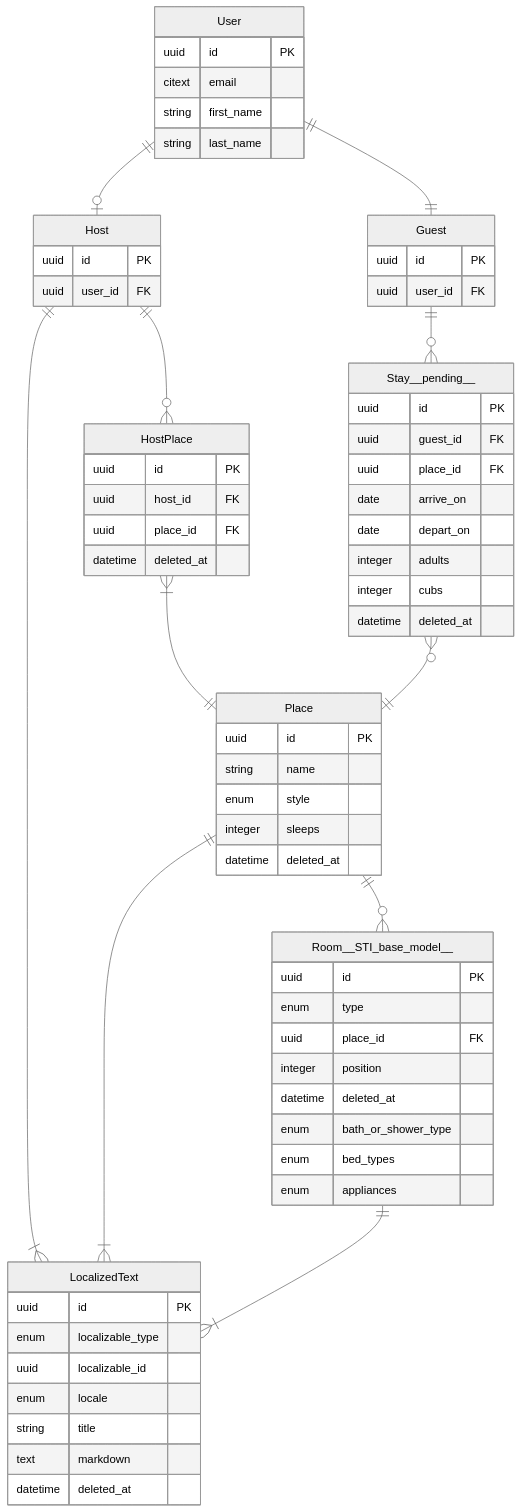
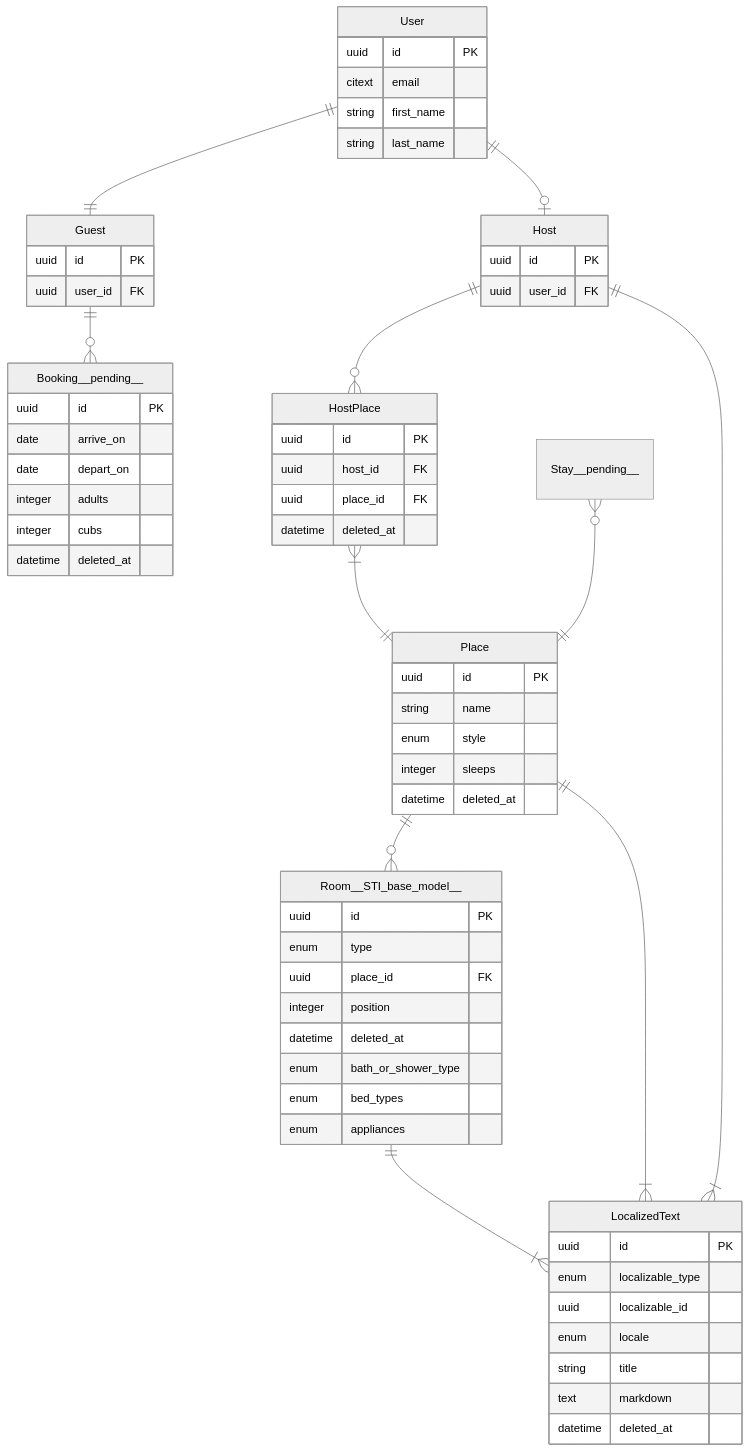
One commit to rvohealth/psychic-guides changed the diagram in docs/tutorials/bearbnb/README.mdx. Above: the diagram before and after it, drawn with Mermaid (neutral theme). The commit also changed other lines of this file and 143 other files, not shown here.

````diff
--- a/docs/tutorials/bearbnb/README.mdx
+++ b/docs/tutorials/bearbnb/README.mdx
@@ -58,81 +59,76 @@
 ```mermaid
-
 erDiagram
   User {
     uuid id PK
     citext email
     string first_name
     string last_name
   }
 
   Guest {
     uuid id PK
     uuid user_id FK
   }
 
   Host {
     uuid id PK
     uuid user_id FK
   }
 
   Place {
     uuid id PK
     string name
     enum style
     integer sleeps
     datetime deleted_at
   }
 
   HostPlace {
     uuid id PK
     uuid host_id FK
     uuid place_id FK
     datetime deleted_at
   }
 
-
   Room__STI_base_model__ {
     uuid id PK
     enum type
     uuid place_id FK
     integer position
     datetime deleted_at
 
     enum bath_or_shower_type
     enum bed_types
     enum appliances
   }
 
   LocalizedText {
     uuid id PK
     enum localizable_type
     uuid localizable_id
     enum locale
     string title
     text markdown
     datetime deleted_at
   }
 
-  Stay__pending__ {
+  Booking__pending__ {
     uuid id PK
-    uuid guest_id FK
-    uuid place_id FK
     date arrive_on
     date depart_on
     integer adults
     integer cubs
     datetime deleted_at
   }
 
-
   User ||--|| Guest : ""
   User ||--o| Host : ""
-  Guest ||--o{ Stay__pending__ : ""
+  Guest ||--o{ Booking__pending__ : ""
   Host ||--o{ HostPlace : ""
   HostPlace }|--|| Place : ""
   Place ||--o{ Room__STI_base_model__ : ""
   Host ||--|{ LocalizedText : ""
   Place ||--|{ LocalizedText : ""
   Room__STI_base_model__ ||--|{ LocalizedText : ""
   Stay__pending__ }o--|| Place : ""
 ```
````
